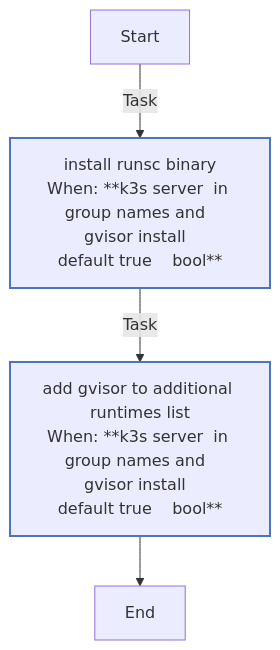
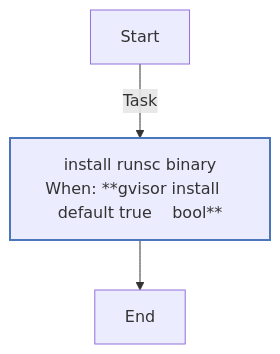
Before and after one commit to rou-cru/k3s-homelab: the first of 3 diagrams in roles/gvisor/README.md, drawn with Mermaid. The commit also changed other lines of this file and 277 other files, not shown here.

````diff
--- a/roles/gvisor/README.md
+++ b/roles/gvisor/README.md
@@ -78,16 +88,15 @@
 ```mermaid
 flowchart TD
 Start
 classDef block stroke:#3498db,stroke-width:2px;
 classDef task stroke:#4b76bb,stroke-width:2px;
 classDef includeTasks stroke:#16a085,stroke-width:2px;
 classDef importTasks stroke:#34495e,stroke-width:2px;
 classDef includeRole stroke:#2980b9,stroke-width:2px;
 classDef importRole stroke:#699ba7,stroke-width:2px;
 classDef includeVars stroke:#8e44ad,stroke-width:2px;
 classDef rescue stroke:#665352,stroke-width:2px;
 
-  Start-->|Task| Install_runsc_binary0[install runsc binary<br>When: **k3s server  in group names and  gvisor install  <br>default true    bool**]:::task
-  Install_runsc_binary0-->|Task| Add_gVisor_to_additional_runtimes_list1[add gvisor to additional runtimes list<br>When: **k3s server  in group names and  gvisor install  <br>default true    bool**]:::task
-  Add_gVisor_to_additional_runtimes_list1-->End
+  Start-->|Task| Install_runsc_binary0[install runsc binary<br>When: **gvisor install   default true    bool**]:::task
+  Install_runsc_binary0-->End
 ```
````
